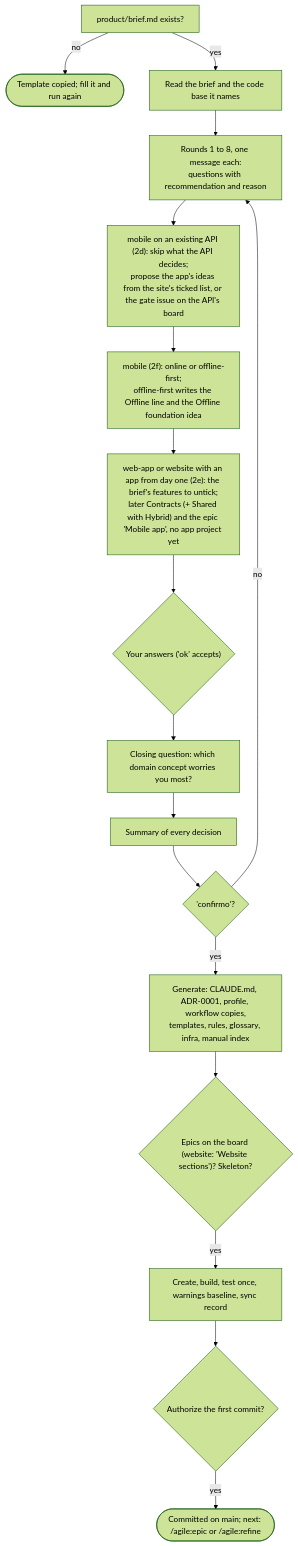
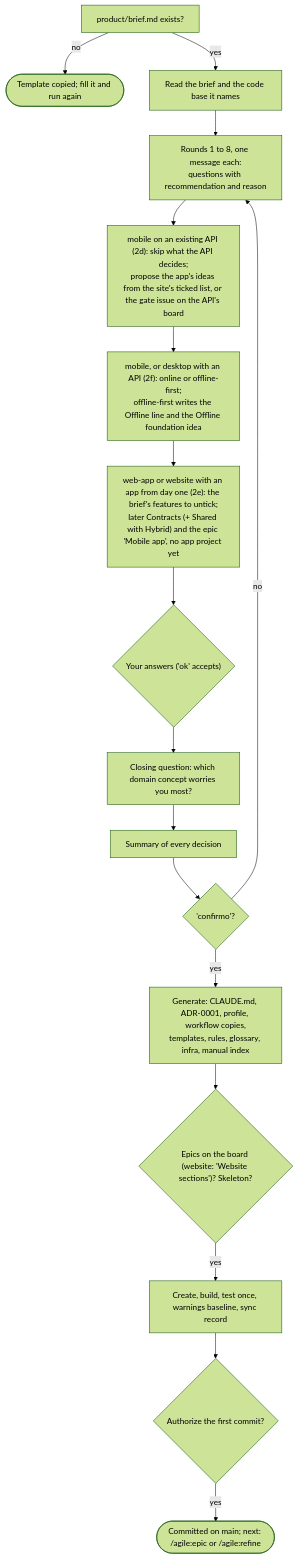
One commit to alexcanario/simulab changed the third of 20 diagrams in docs/agile/workflow.md. Above: the diagram before and after it, drawn with Mermaid (forest theme). The commit also changed other lines of this file and 5 other files, not shown here.

````diff
--- a/docs/agile/workflow.md
+++ b/docs/agile/workflow.md
@@ -2285,19 +2443,19 @@
 ```mermaid
 flowchart TD
     A["product/brief.md exists?"] -->|no| A1(["Template copied; fill it and run again"])
     A -->|yes| B["Read the brief and the code base it names"]
     B --> C["Rounds 1 to 8, one message each:<br/>questions with recommendation and reason"]
     C --> C1["mobile on an existing API (2d): skip what the API decides;<br/>propose the app's ideas from the site's ticked list, or the gate issue on the API's board"]
-    C1 --> C1b["mobile (2f): online or offline-first;<br/>offline-first writes the Offline line and the Offline foundation idea"]
+    C1 --> C1b["mobile, or desktop with an API (2f): online or offline-first;<br/>offline-first writes the Offline line and the Offline foundation idea"]
     C1b --> C2["web-app or website with an app from day one (2e): the brief's features to untick;<br/>later Contracts (+ Shared with Hybrid) and the epic 'Mobile app', no app project yet"]
     C2 --> D{"Your answers ('ok' accepts)"}
     D --> E["Closing question: which domain concept worries you most?"]
     E --> F["Summary of every decision"]
     F --> G{"'confirmo'?"}
     G -->|no| C
     G -->|yes| H["Generate: CLAUDE.md, ADR-0001, profile, workflow copies,<br/>templates, rules, glossary, infra, manual index"]
     H --> I{"Epics on the board (website: 'Website sections')? Skeleton?"}
     I -->|yes| J["Create, build, test once, warnings baseline, sync record"]
     J --> K{"Authorize the first commit?"}
     K -->|yes| L(["Committed on main; next: /agile:epic or /agile:refine"])
 ```
````
